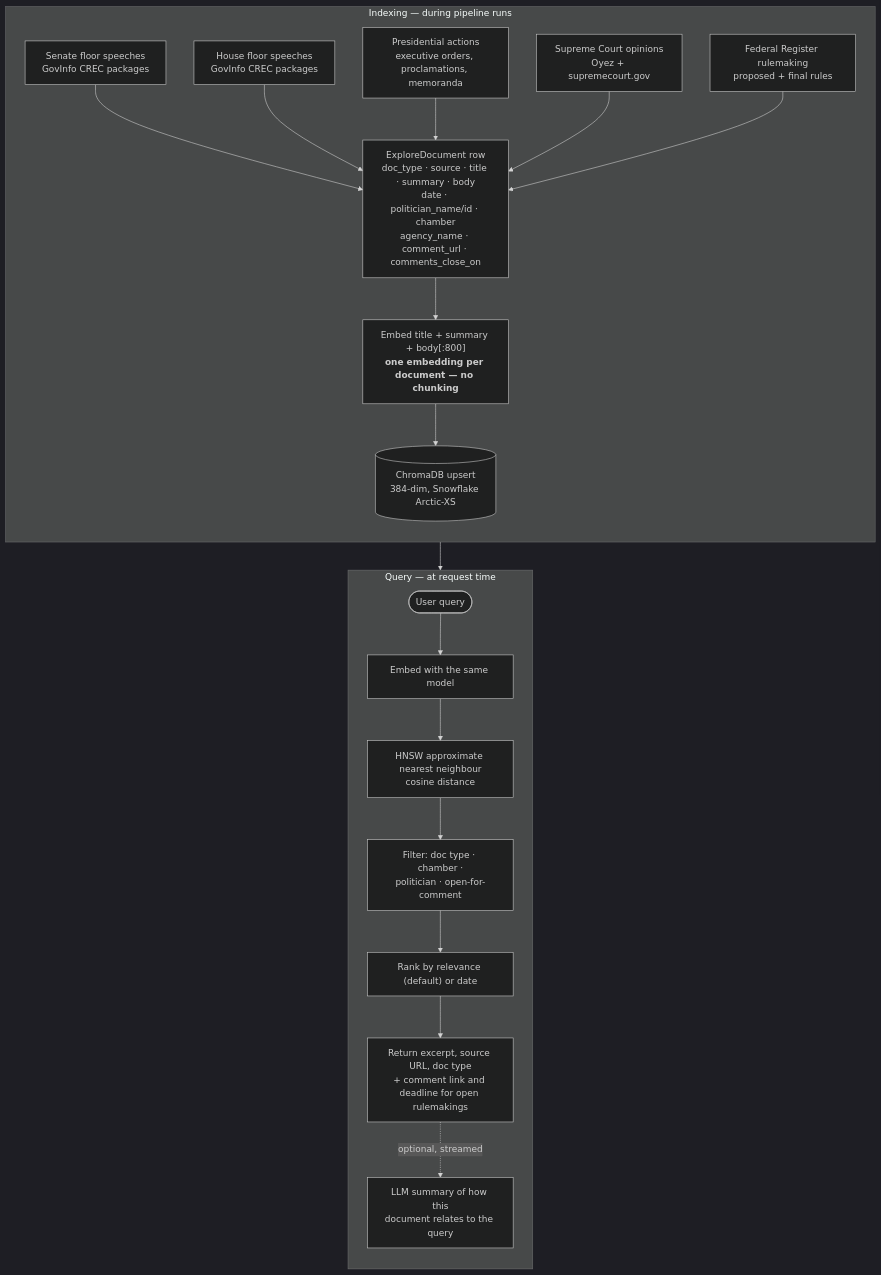
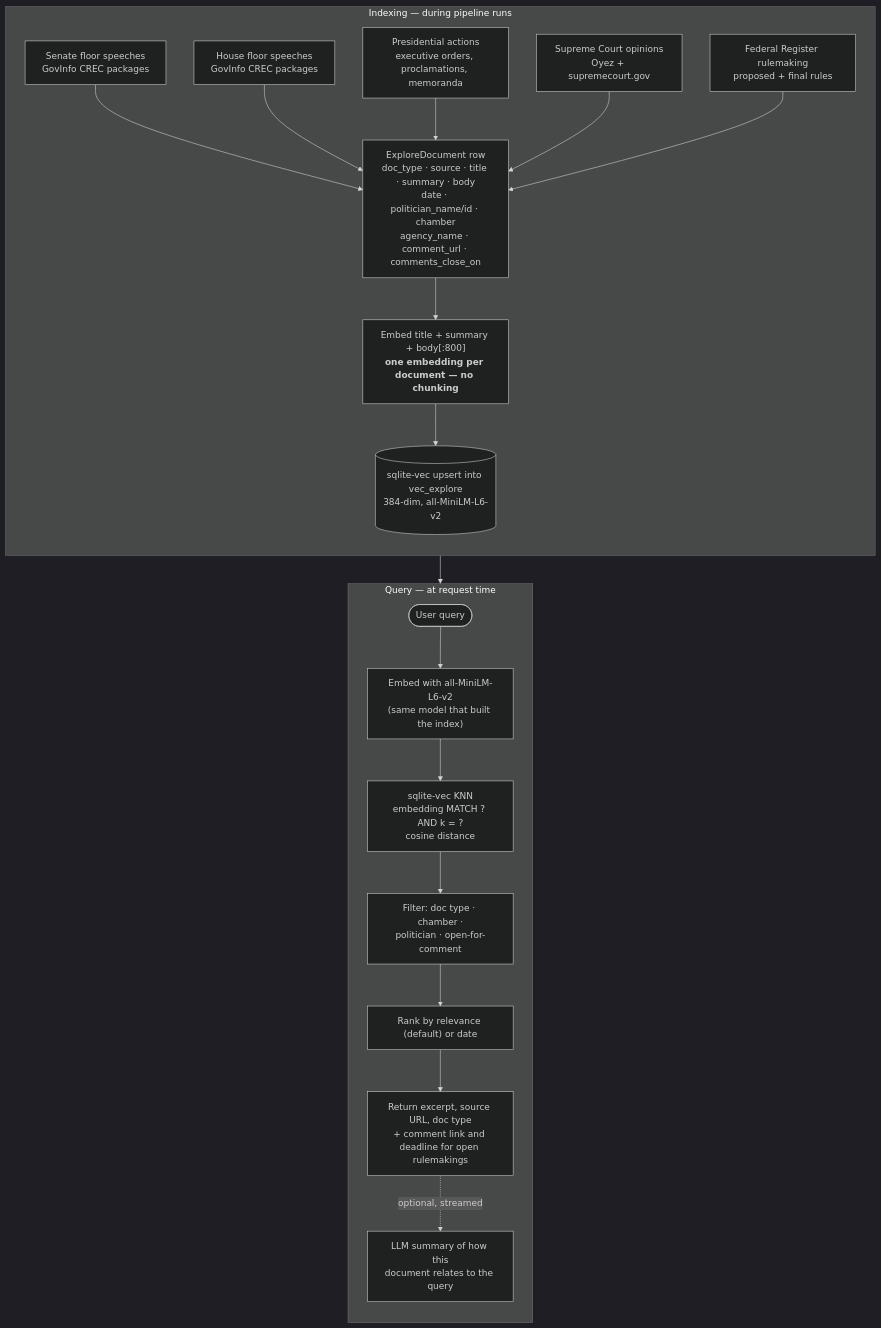
One commit to kamoras/civitas changed the diagram in docs/diagrams/09-explore-search.md. Above: the diagram before and after it, drawn with Mermaid (dark theme). The commit also changed other lines of this file and 10 other files, not shown here.

````diff
--- a/docs/diagrams/09-explore-search.md
+++ b/docs/diagrams/09-explore-search.md
@@ -7,33 +7,33 @@
 ```mermaid
 flowchart TB
     subgraph INDEX["Indexing — during pipeline runs"]
         direction TB
         S1["Senate floor speeches<br/>GovInfo CREC packages"]
         S2["House floor speeches<br/>GovInfo CREC packages"]
         S3["Presidential actions<br/>executive orders, proclamations, memoranda"]
         S4["Supreme Court opinions<br/>Oyez + supremecourt.gov"]
         S5["Federal Register rulemaking<br/>proposed + final rules"]
 
         S1 --> DOC
         S2 --> DOC
         S3 --> DOC
         S4 --> DOC
         S5 --> DOC
 
         DOC["ExploreDocument row<br/>doc_type · source · title · summary · body<br/>date · politician_name/id · chamber<br/>agency_name · comment_url · comments_close_on"]
         DOC --> EMB["Embed title + summary + body[:800]<br/><b>one embedding per document — no chunking</b>"]
-        EMB --> UPSERT[("ChromaDB upsert<br/>384-dim, Snowflake Arctic-XS")]
+        EMB --> UPSERT[("sqlite-vec upsert into vec_explore<br/>384-dim, all-MiniLM-L6-v2")]
     end
 
     subgraph QUERY["Query — at request time"]
         direction TB
-        Q(["User query"]) --> QEMB["Embed with the same model"]
-        QEMB --> ANN["HNSW approximate nearest neighbour<br/>cosine distance"]
+        Q(["User query"]) --> QEMB["Embed with all-MiniLM-L6-v2<br/>(same model that built the index)"]
+        QEMB --> ANN["sqlite-vec KNN<br/>embedding MATCH ? AND k = ?<br/>cosine distance"]
         ANN --> FILT["Filter: doc type · chamber ·<br/>politician · open-for-comment"]
         FILT --> SORT["Rank by relevance (default) or date"]
         SORT --> OUT["Return excerpt, source URL, doc type<br/>+ comment link and deadline for open rulemakings"]
         OUT -.->|"optional, streamed"| SUM["LLM summary of how this<br/>document relates to the query"]
     end
 
     UPSERT --> ANN
 ```
````
